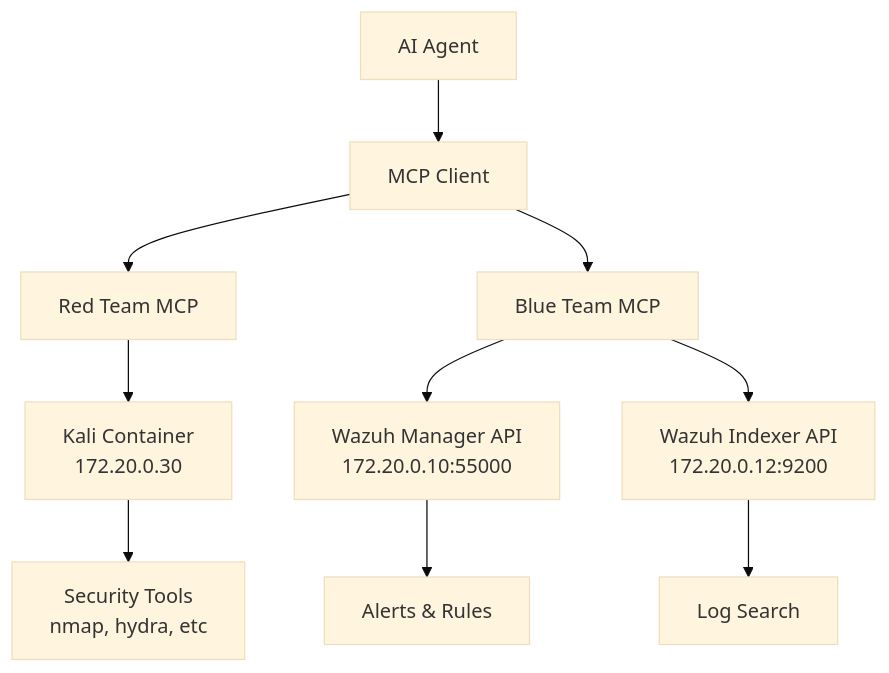
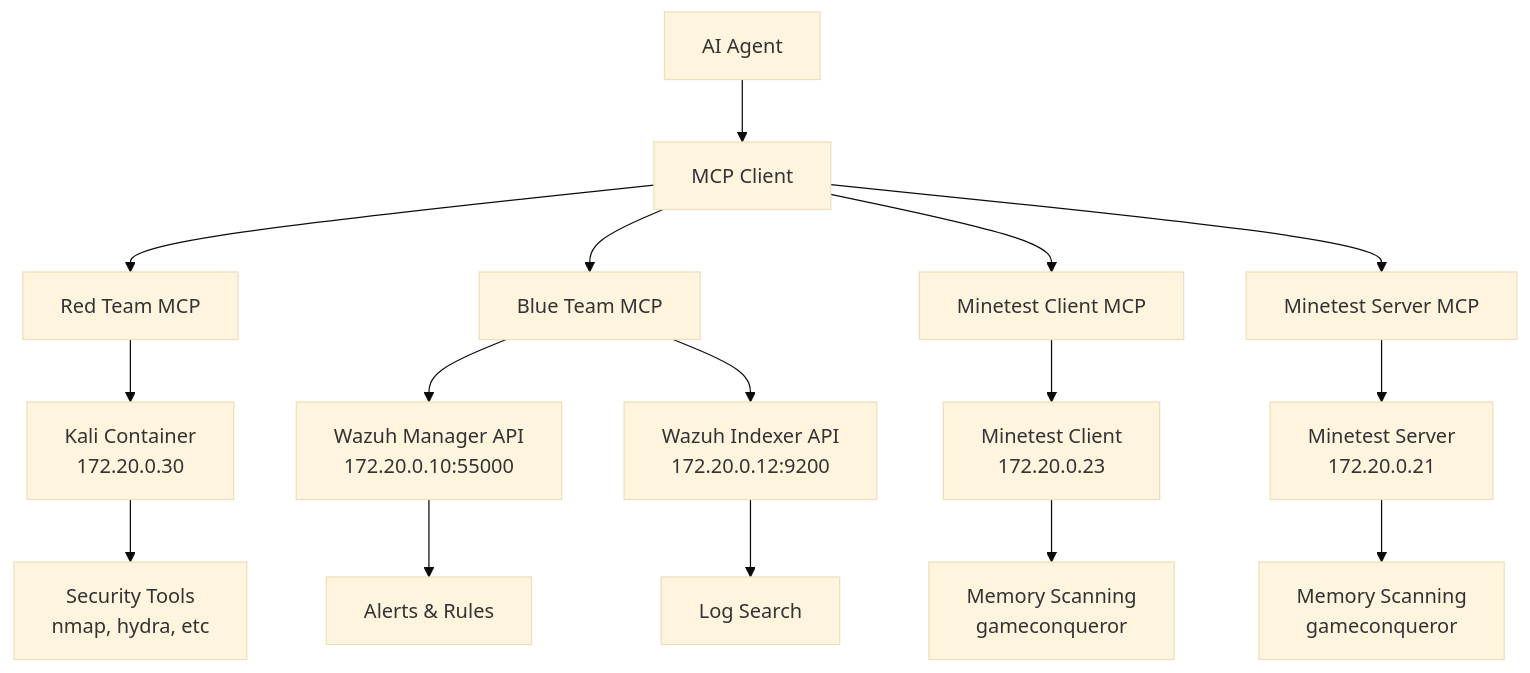
Before and after one commit to PaloAltoNetworks/shifter: the diagram in docs/components/mcp-integration.md, drawn with Mermaid (base theme). The commit also changed other lines of this file and 5 other files, not shown here.

````diff
--- a/docs/components/mcp-integration.md
+++ b/docs/components/mcp-integration.md
@@ -7,14 +7,20 @@
 ```mermaid
 flowchart TD
     A[AI Agent] --> B[MCP Client]
     B --> C[Red Team MCP]
     B --> D[Blue Team MCP]
+    B --> E[Minetest Client MCP]
+    B --> F[Minetest Server MCP]
     
-    C --> E[Kali Container<br/>172.20.0.30]
-    D --> F[Wazuh Manager API<br/>172.20.0.10:55000]
-    D --> G[Wazuh Indexer API<br/>172.20.0.12:9200]
+    C --> G[Kali Container<br/>172.20.0.30]
+    D --> H[Wazuh Manager API<br/>172.20.0.10:55000]
+    D --> I[Wazuh Indexer API<br/>172.20.0.12:9200]
+    E --> J[Minetest Client<br/>172.20.0.23]
+    F --> K[Minetest Server<br/>172.20.0.21]
     
-    E --> H[Security Tools<br/>nmap, hydra, etc]
-    F --> I[Alerts & Rules]
-    G --> J[Log Search]
+    G --> L[Security Tools<br/>nmap, hydra, etc]
+    H --> M[Alerts & Rules]
+    I --> N[Log Search]
+    J --> O[Memory Scanning<br/>gameconqueror]
+    K --> P[Memory Scanning<br/>gameconqueror]
 ```
````
